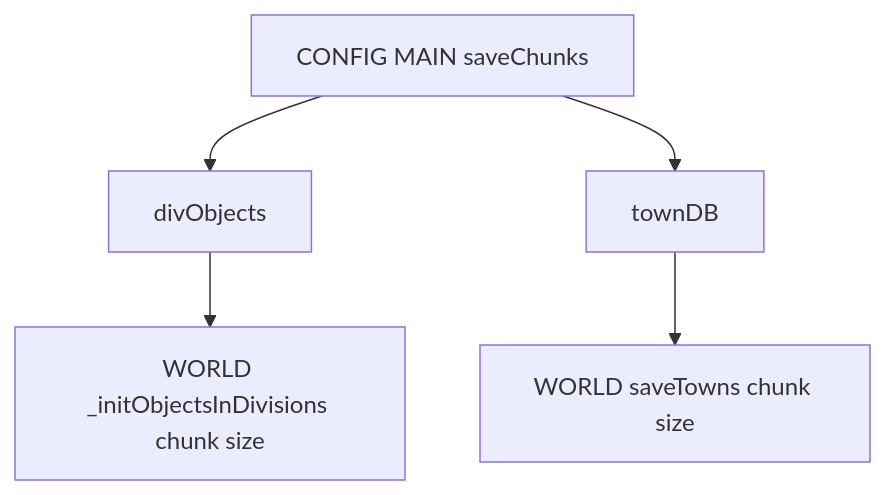
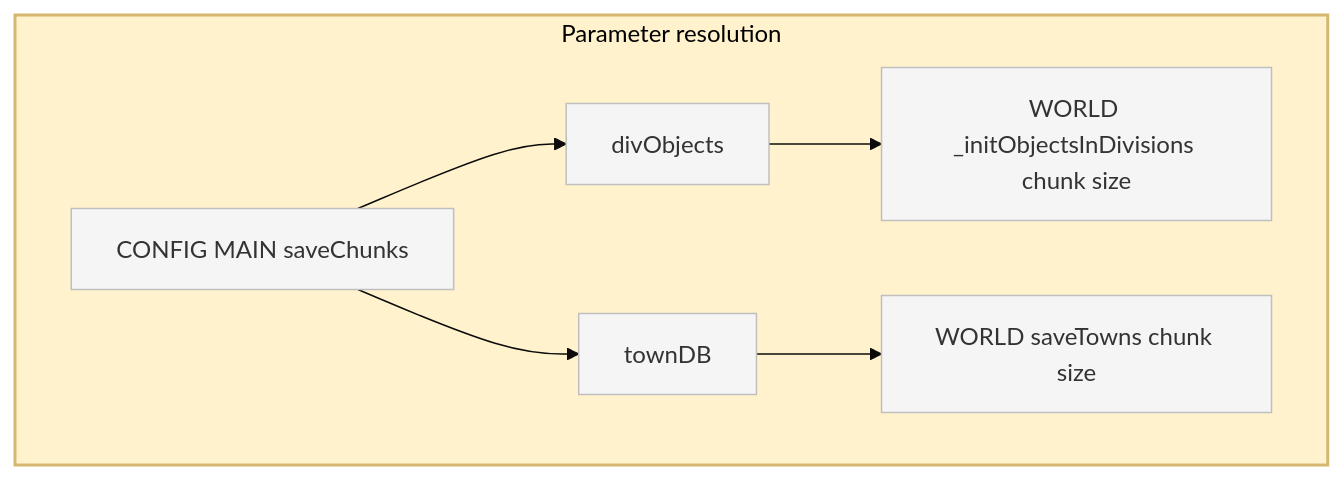
One commit to Gh0st352/AETHR changed the third of 3 diagrams in docs/config/save_chunks.md. Above: the diagram before and after it, drawn with Mermaid. The commit also changed other lines of this file and 8 other files, not shown here.

First line of the commit message:
docs(config): enhance Mermaid diagrams with theme/layout

````diff
--- a/docs/config/save_chunks.md
+++ b/docs/config/save_chunks.md
@@ -71,7 +81,14 @@
 ```mermaid
-flowchart TD
-  CFG[CONFIG MAIN saveChunks] --> DIV[divObjects]
-  CFG --> TOWN[townDB]
-  DIV --> WDIV[WORLD _initObjectsInDivisions chunk size]
-  TOWN --> WTOWN[WORLD saveTowns chunk size]
+%%{init: {"theme":"base", "themeVariables":{"primaryColor":"#f5f5f5"}}}%%
+flowchart TB
+  subgraph PARAM_RES [Parameter resolution]
+    style PARAM_RES fill:#fff2cc,stroke:#d4b86f,stroke-width:2px
+    CFG[CONFIG MAIN saveChunks] --> DIV[divObjects]
+    CFG --> TOWN[townDB]
+    DIV --> WDIV[WORLD _initObjectsInDivisions chunk size]
+    TOWN --> WTOWN[WORLD saveTowns chunk size]
+  end
+
+  classDef node fill:#f5f5f5,stroke:#bfbfbf
+  class CFG,DIV,TOWN,WDIV,WTOWN node
 ```
````
